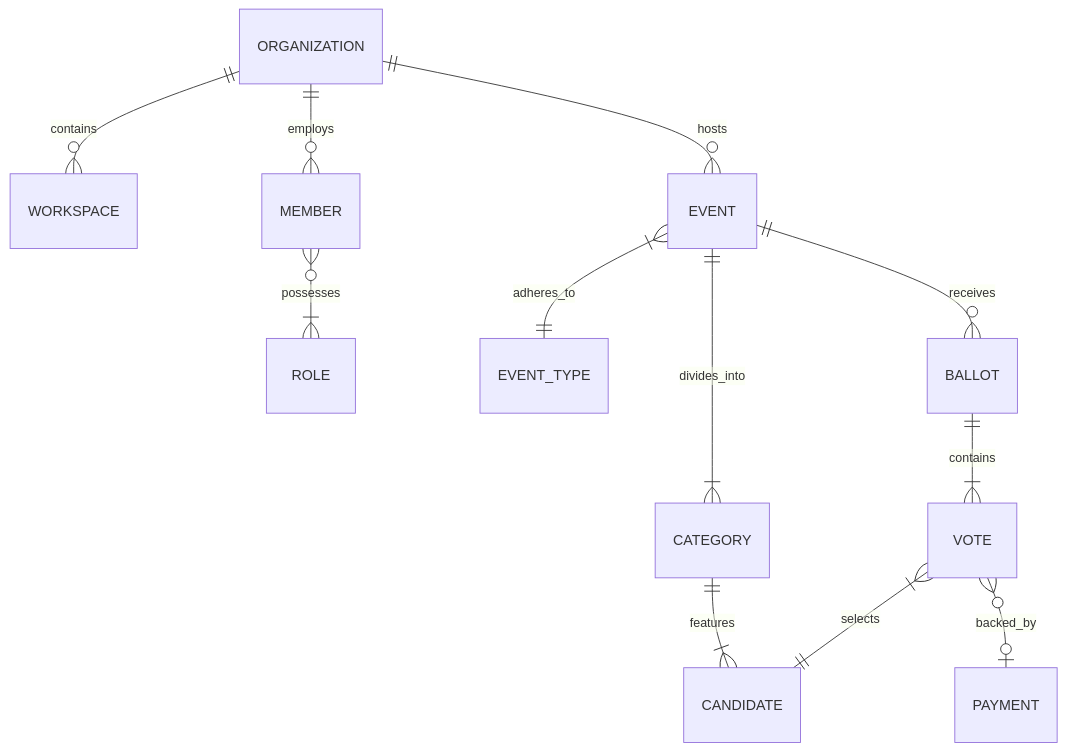
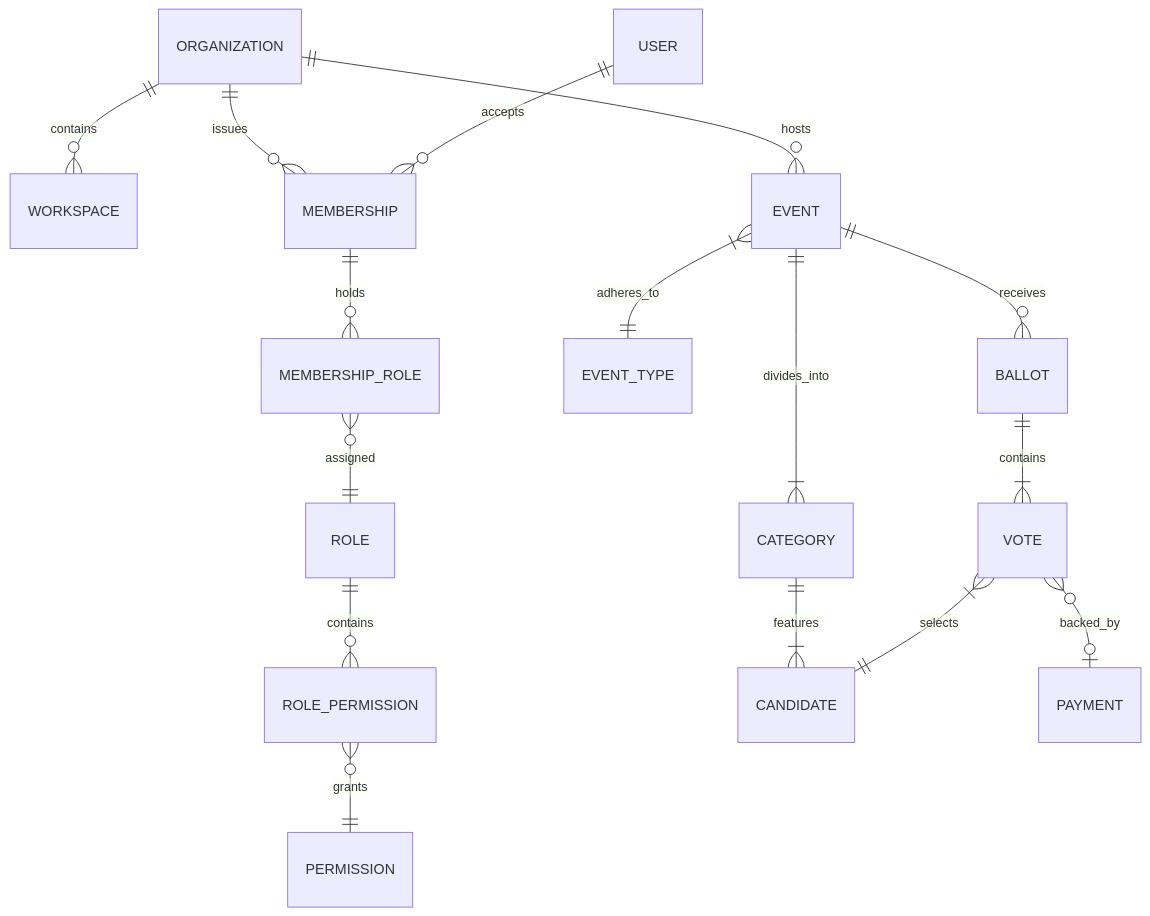
The first of 4 diagrams in docs/architecture/domain-model.md (SevenCandid/OmniVote), drawn with Mermaid before and after one commit. The commit also changed other lines of this file and 95 other files, not shown here.

````diff
--- a/docs/architecture/domain-model.md
+++ b/docs/architecture/domain-model.md
@@ -47,14 +75,18 @@
 ```mermaid
 erDiagram
     ORGANIZATION ||--o{ WORKSPACE : contains
-    ORGANIZATION ||--o{ MEMBER : employs
-    MEMBER }o--|{ ROLE : possesses
+    ORGANIZATION ||--o{ MEMBERSHIP : "issues"
+    USER ||--o{ MEMBERSHIP : "accepts"
+    MEMBERSHIP ||--o{ MEMBERSHIP_ROLE : "holds"
+    MEMBERSHIP_ROLE }o--|| ROLE : "assigned"
+    ROLE ||--o{ ROLE_PERMISSION : "contains"
+    ROLE_PERMISSION }o--|| PERMISSION : "grants"
     ORGANIZATION ||--o{ EVENT : hosts
     EVENT }|--|| EVENT_TYPE : adheres_to
     EVENT ||--|{ CATEGORY : divides_into
     CATEGORY ||--|{ CANDIDATE : features
     EVENT ||--o{ BALLOT : receives
     BALLOT ||--|{ VOTE : contains
     VOTE }|--|| CANDIDATE : selects
     VOTE }o--o| PAYMENT : backed_by
 ```
````
